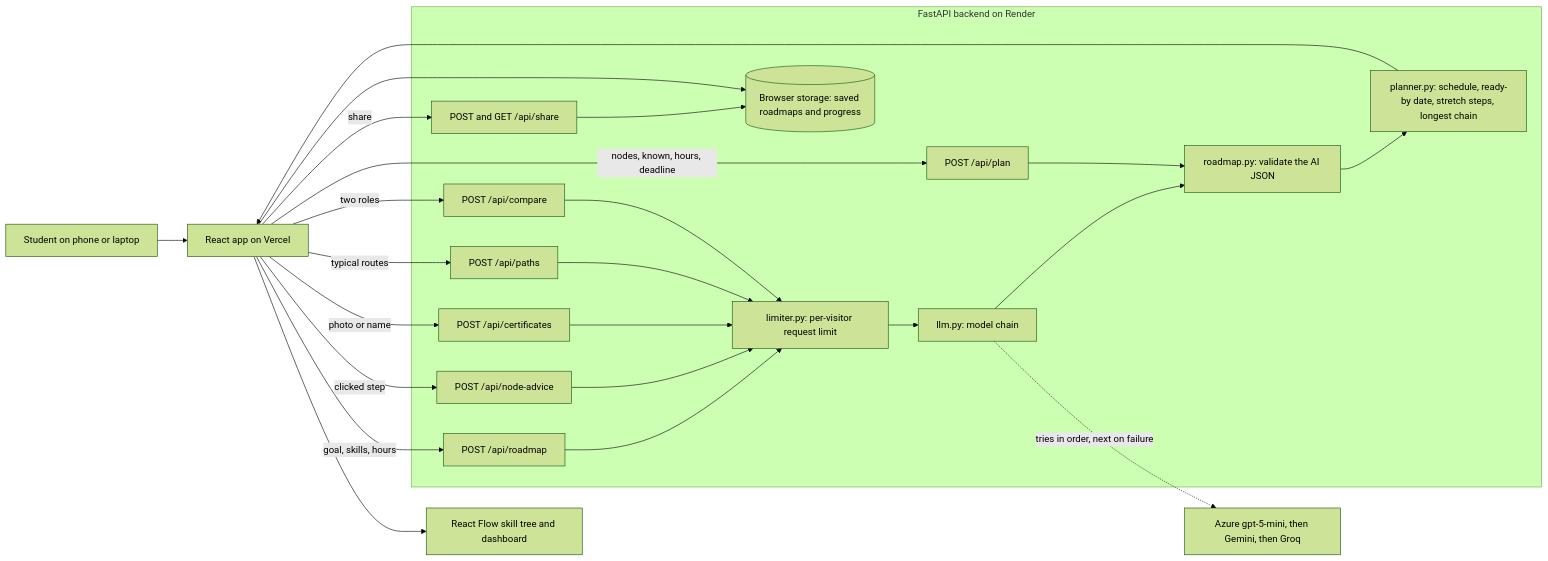
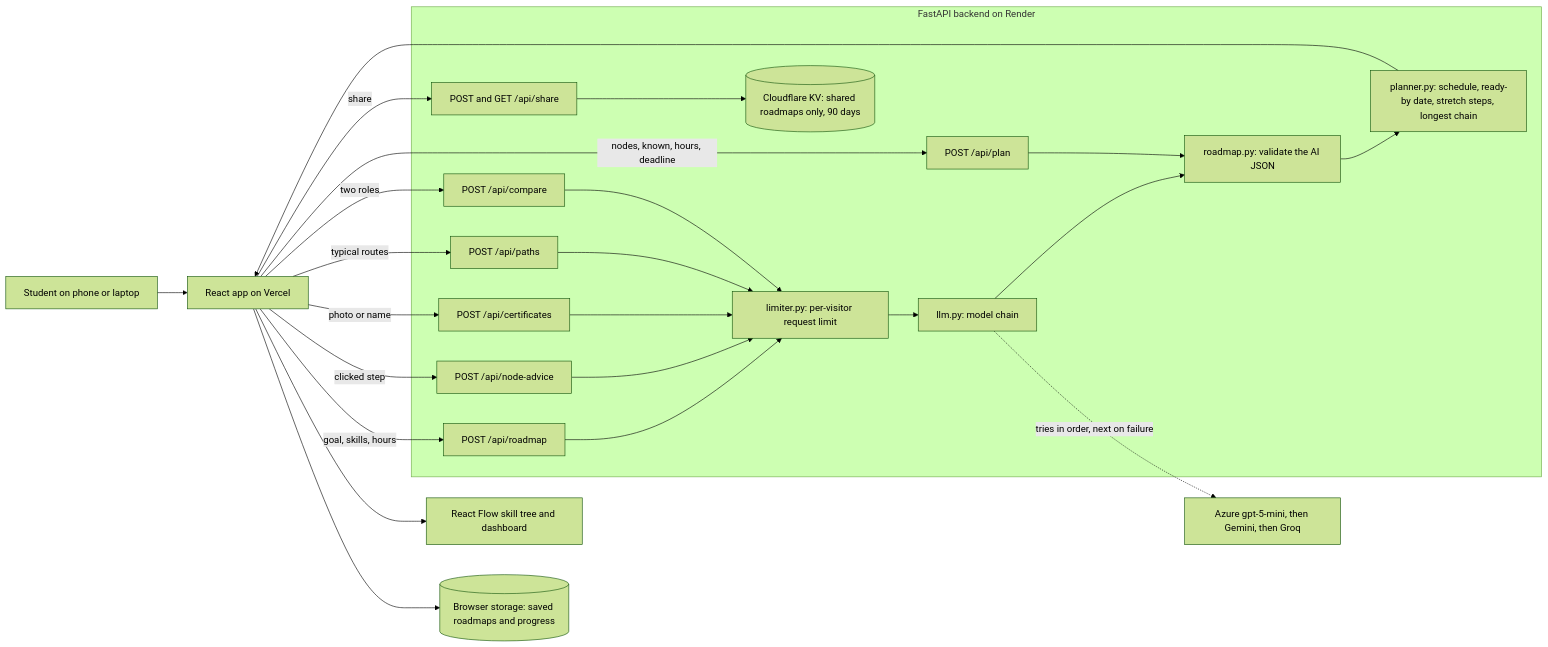
One commit to Aaliya-lynx/careermap changed the diagram in README.md. Above: the diagram before and after it, drawn with Mermaid (forest theme). The commit also changed other lines of this file, not shown here.

````diff
--- a/README.md
+++ b/README.md
@@ -51,28 +53,28 @@
 ```mermaid
 flowchart LR
     U[Student on phone or laptop] --> F[React app on Vercel]
     F -->|goal, skills, hours| R[POST /api/roadmap]
     F -->|nodes, known, hours, deadline| P[POST /api/plan]
     F -->|clicked step| A[POST /api/node-advice]
     F -->|photo or name| C[POST /api/certificates]
     F -->|typical routes| T[POST /api/paths]
     F -->|two roles| K[POST /api/compare]
     F -->|share| H[POST and GET /api/share]
     subgraph Backend [FastAPI backend on Render]
         L[limiter.py: per-visitor request limit]
         R --> L
         A --> L
         C --> L
         T --> L
         K --> L
-        H --> S[(Cloudflare KV: shared roadmaps only, 90 days)]
+        H --> KV[(Cloudflare KV: shared roadmaps only, 90 days)]
         L --> M[llm.py: model chain]
         M --> V[roadmap.py: validate the AI JSON]
         P --> V
         V --> PL[planner.py: schedule, ready-by date, stretch steps, longest chain]
     end
     M -. tries in order, next on failure .-> X[Azure gpt-5-mini, then Gemini, then Groq]
     PL --> F
     F --> G[React Flow skill tree and dashboard]
     F --> S[(Browser storage: saved roadmaps and progress)]
 ```
````
